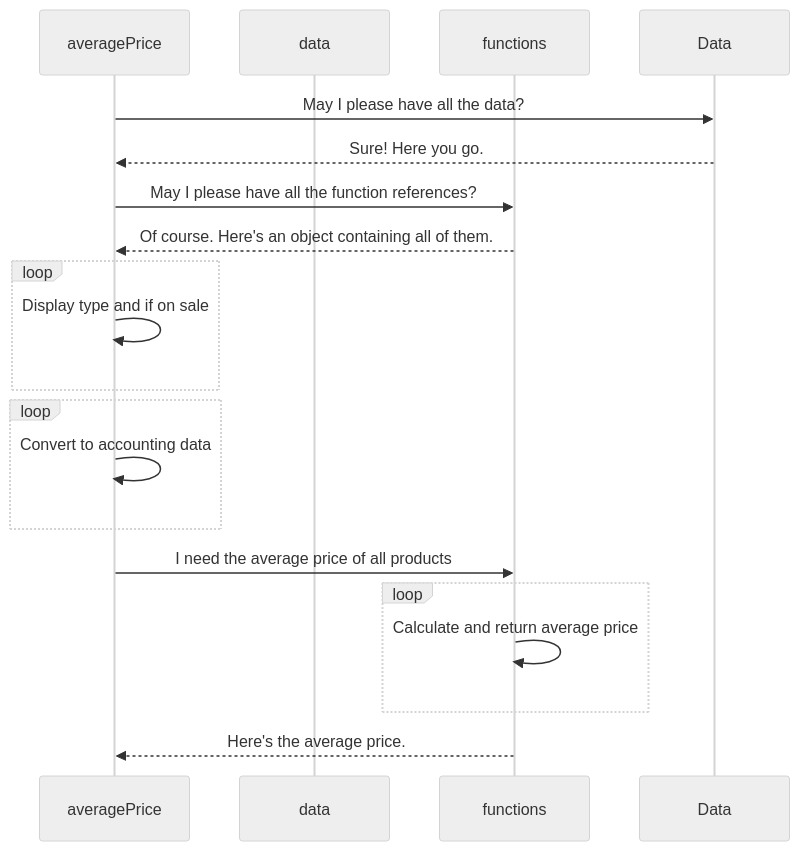
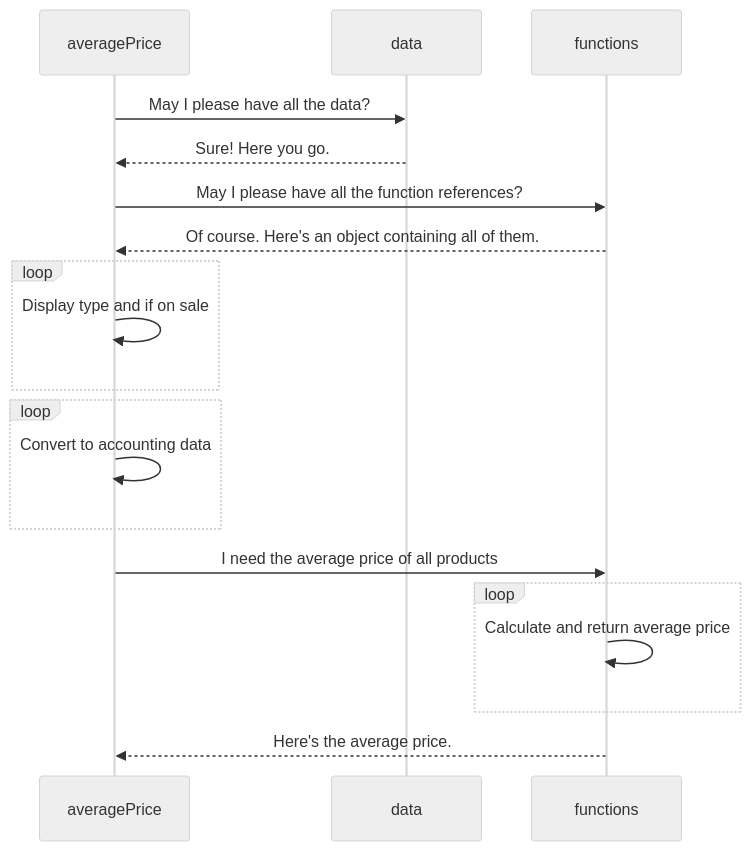
Before and after one commit to nashville-software-school/client-side-mastery: the second of 2 diagrams in book-1-queen-bee/chapters/SURF_DIAGRAM.md, drawn with Mermaid (neutral theme). The commit also changed other lines of this file, not shown here.

Commit message:
another diagram fix

````diff
--- a/book-1-queen-bee/chapters/SURF_DIAGRAM.md
+++ b/book-1-queen-bee/chapters/SURF_DIAGRAM.md
@@ -40,22 +40,22 @@
 ```mermaid
 sequenceDiagram
     participant averagePrice
     participant data
     participant functions
-    averagePrice->>Data: May I please have all the data?
-    Data-->>averagePrice: Sure! Here you go.
+    averagePrice->>data: May I please have all the data?
+    data-->>averagePrice: Sure! Here you go.
     averagePrice->>functions: May I please have all the function references?
     functions-->>averagePrice: Of course. Here's an object containing all of them.
     loop
         averagePrice->>averagePrice: Display type and if on sale
     end
     loop
         averagePrice->>averagePrice: Convert to accounting data
     end
     averagePrice->>functions: I need the average price of all products
     loop
         functions->>functions: Calculate and return average price
     end
     functions-->>averagePrice: Here's the average price.
 
 ```
````
